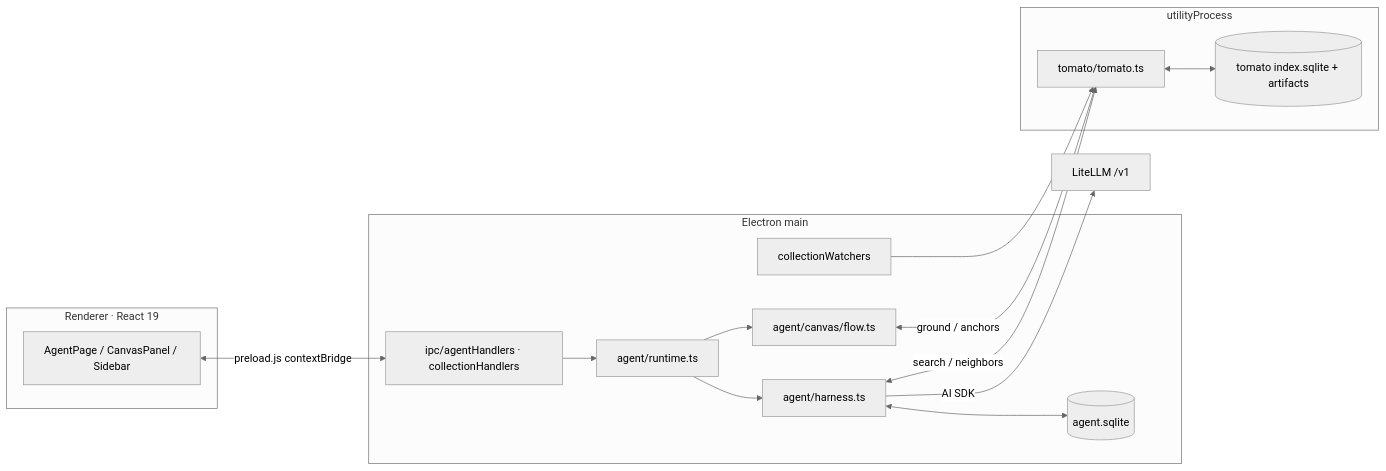
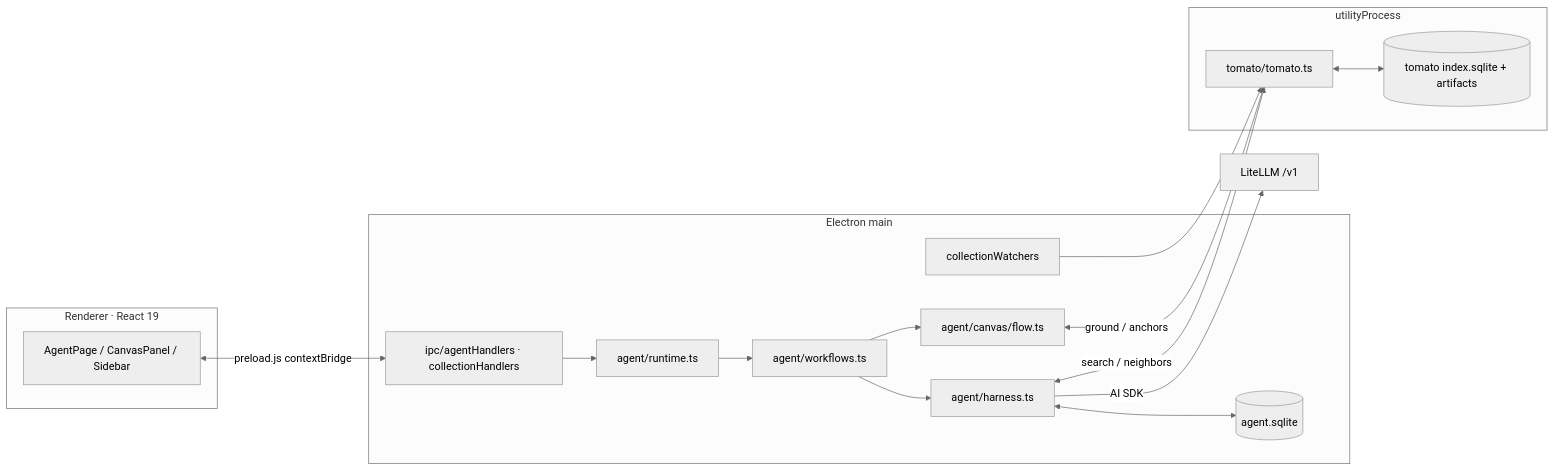
One commit to kc-ml2/KetchupE changed the first of 2 diagrams in KETCHUPE_V3_CODE_GUIDE.md. Above: the diagram before and after it, drawn with Mermaid (neutral theme). The commit also changed other lines of this file and 31 other files, not shown here.

Commit message:
refactor: register agent workflows and align MARU MCP integration

````diff
--- a/KETCHUPE_V3_CODE_GUIDE.md
+++ b/KETCHUPE_V3_CODE_GUIDE.md
@@ -34,26 +34,27 @@
 ```mermaid
 flowchart LR
     subgraph R[Renderer · React 19]
       UI[AgentPage / CanvasPanel / Sidebar]
     end
     subgraph M[Electron main]
       IPC[ipc/agentHandlers · collectionHandlers]
       RT[agent/runtime.ts]
+      D[agent/workflows.ts]
       H[agent/harness.ts]
       C[agent/canvas/flow.ts]
       DB[(agent.sqlite)]
       W[collectionWatchers]
     end
     subgraph U[utilityProcess]
       T[tomato/tomato.ts]
       TDB[(tomato index.sqlite + artifacts)]
     end
     UI <-->|preload.js contextBridge| IPC
-    IPC --> RT --> H & C
+    IPC --> RT --> D --> H & C
     H <--> DB
     H <-->|search / neighbors| T
     C <-->|ground / anchors| T
     T <--> TDB
     W --> T
     H -->|AI SDK| L[LiteLLM /v1]
 ```
````
